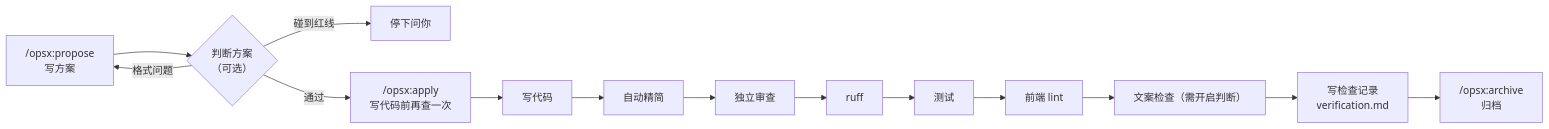
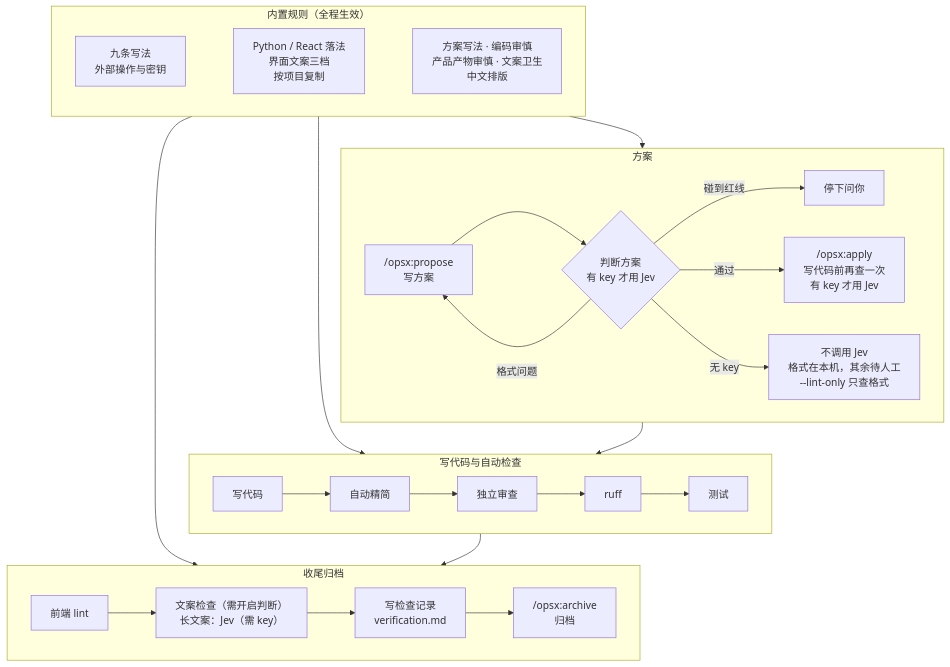
Before and after one commit to rulemason/rulemason: the diagram in README.md, drawn with Mermaid. The commit also changed other lines of this file and 2 other files, not shown here.

Commit message:
docs: README 顶部加上社交预览横幅，流程图改成三行 (#38)
* docs(readme): 顶部加上社交预览横幅，流程图改成三行

横幅用仓库已设置的 GitHub social preview。怎么工作的流程图按方案、写代码、收尾分成三行，步骤和分支不变。

* docs(readme): 流程图补上 Jev 和内置规则

判断只在有 key 时交给 Jev；格式检查留在本机。内置规则单独成一行，并连到三个阶段。

---------

````diff
--- a/README.md
+++ b/README.md
@@ -82,16 +86,31 @@
 ```mermaid
-flowchart LR
-  A["/opsx:propose<br/>写方案"] --> B{"判断方案<br/>（可选）"}
-  B -- 格式问题 --> A
-  B -- 碰到红线 --> U["停下问你"]
-  B -- 通过 --> C["/opsx:apply<br/>写代码前再查一次"]
-  C --> D["写代码"]
-  D --> E["自动精简"]
-  E --> F["独立审查"]
-  F --> G["ruff"]
-  G --> H["测试"]
-  H --> I["前端 lint"]
-  I --> J["文案检查（需开启判断）"]
-  J --> K["写检查记录<br/>verification.md"]
-  K --> L["/opsx:archive<br/>归档"]
+flowchart TB
+  subgraph rules["内置规则（全程生效）"]
+    direction LR
+    R1["九条写法<br/>外部操作与密钥"]
+    R2["Python / React 落法<br/>界面文案三档<br/>按项目复制"]
+    R3["方案写法 · 编码审慎<br/>产品产物审慎 · 文案卫生<br/>中文排版"]
+    R1 ~~~ R2 ~~~ R3
+  end
+  subgraph plan["方案"]
+    direction LR
+    A["/opsx:propose<br/>写方案"] --> B{"判断方案<br/>有 key 才用 Jev"}
+    B -- 格式问题 --> A
+    B -- 碰到红线 --> U["停下问你"]
+    B -- 通过 --> C["/opsx:apply<br/>写代码前再查一次<br/>有 key 才用 Jev"]
+    B -- 无 key --> N["不调用 Jev<br/>格式在本机，其余待人工<br/>--lint-only 只查格式"]
+  end
+  subgraph build["写代码与自动检查"]
+    direction LR
+    D["写代码"] --> E["自动精简"] --> F["独立审查"] --> G["ruff"] --> H["测试"]
+  end
+  subgraph finish["收尾归档"]
+    direction LR
+    I["前端 lint"] --> J["文案检查（需开启判断）<br/>长文案：Jev（需 key）"] --> K["写检查记录<br/>verification.md"] --> L["/opsx:archive<br/>归档"]
+  end
+  rules --> plan
+  rules --> build
+  rules --> finish
+  plan --> build
+  build --> finish
 ```
````
